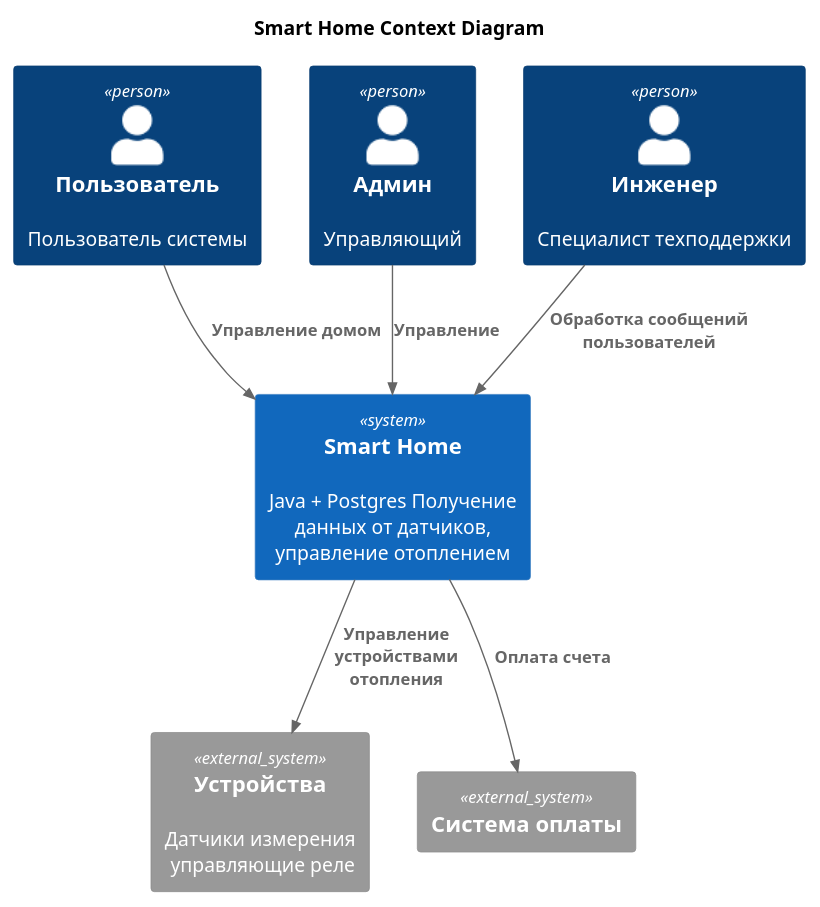
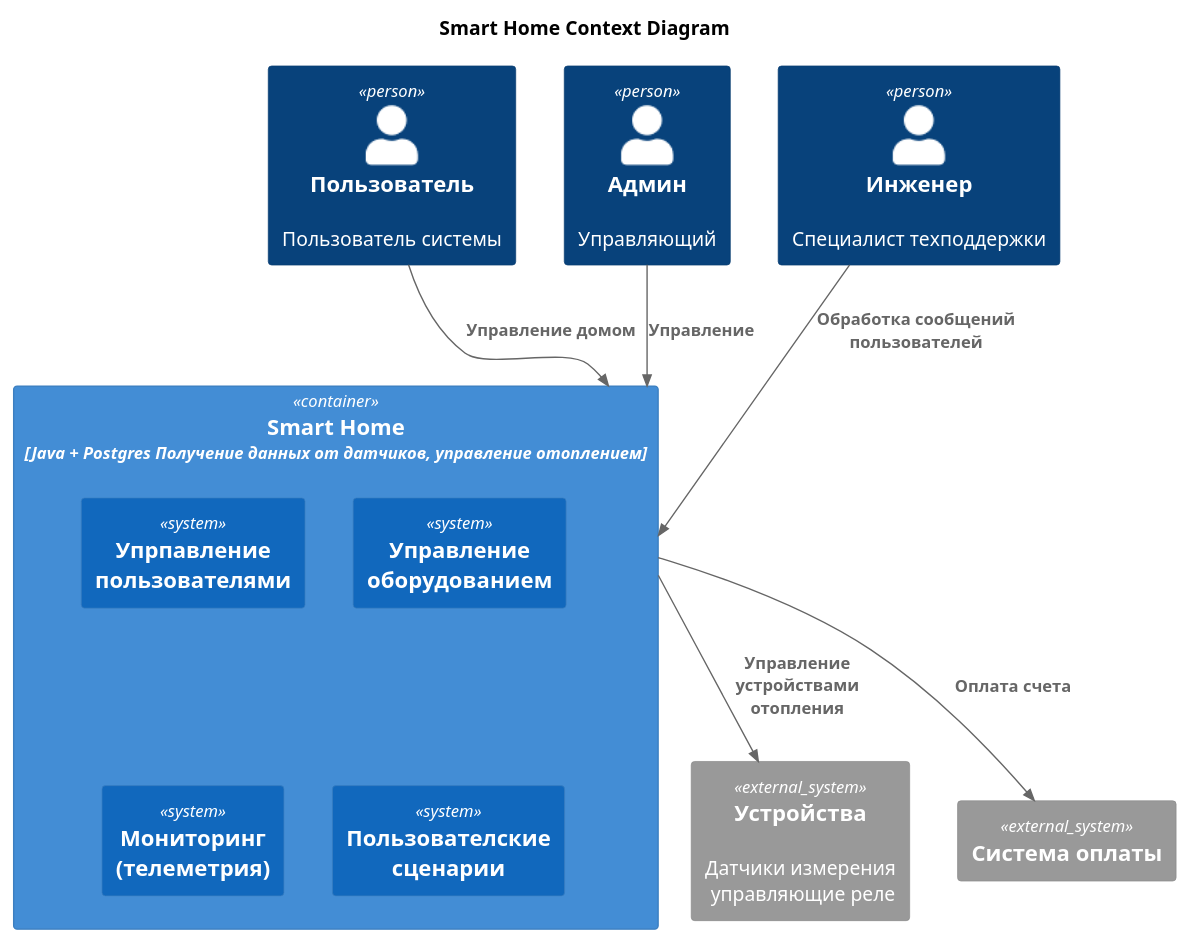
The diagram in С4/microservices-context.puml (Rzr18/arhitecture-sprint-3), drawn with PlantUML before and after one commit. The commit also changed 8 other files, not shown here.

```diff
--- a/С4/microservices-context.puml
+++ b/С4/microservices-context.puml
@@ -1,25 +1,30 @@
 @startuml
 title Smart Home Context Diagram
 
 top to bottom direction
 
 !includeurl https://raw.githubusercontent.com/RicardoNiepel/C4-PlantUML/master/C4_Component.puml
 
 Person(user, "Пользователь", "Пользователь системы")
 Person(userAdmin, "Админ", "Управляющий")
 Person(userTech, "Инженер", "Специалист техподдержки")
 
-System(SmartHomeSystem, "Smart Home", "Java + Postgres Получение данных от датчиков, управление отоплением")
+Container(SmartHomeSystem, "Smart Home", "Java + Postgres Получение данных от датчиков, управление отоплением"){
+    System(Users, "Упрпавление пользователями")
+    System(Device, "Управление оборудованием")
+    System(Monitoring, "Мониторинг (телеметрия)")
+    System(Scenario, "Пользователские сценарии")
+}
 
 System_Ext(Devices, "Устройства", "Датчики измерения\n управляющие реле")
 System_Ext(Payment, "Система оплаты")
 
 Rel(user, SmartHomeSystem, "Управление домом")
-Rel(SmartHomeSystem,Devices,"Управление устройствами отопления")
+Rel_D(SmartHomeSystem,Devices,"Управление устройствами отопления")
 
 Rel(userAdmin,SmartHomeSystem,"Управление")
 Rel(userTech,SmartHomeSystem,"Обработка сообщений пользователей")
 
-Rel(SmartHomeSystem,Payment,"Оплата счета")
+Rel_D(SmartHomeSystem,Payment,"Оплата счета")
 
 @enduml
```
